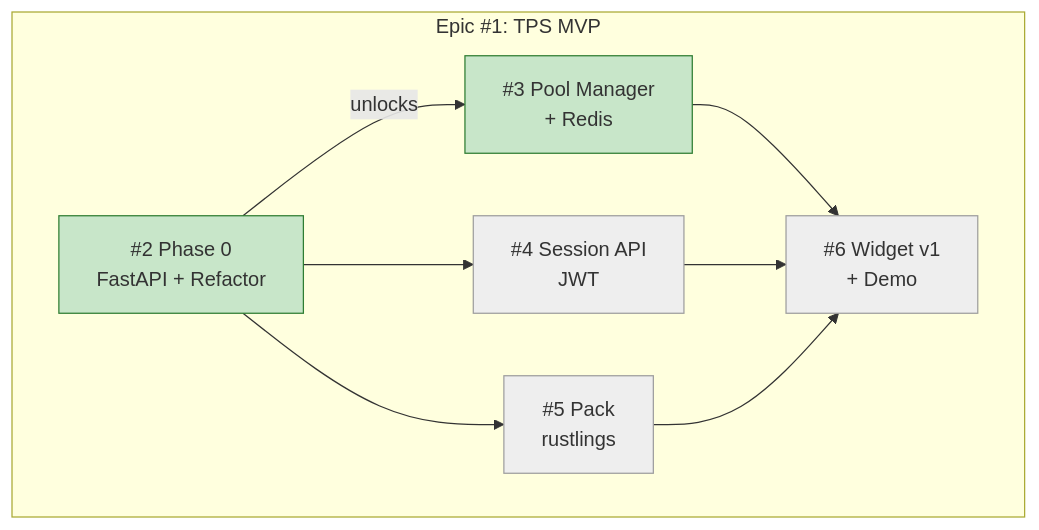
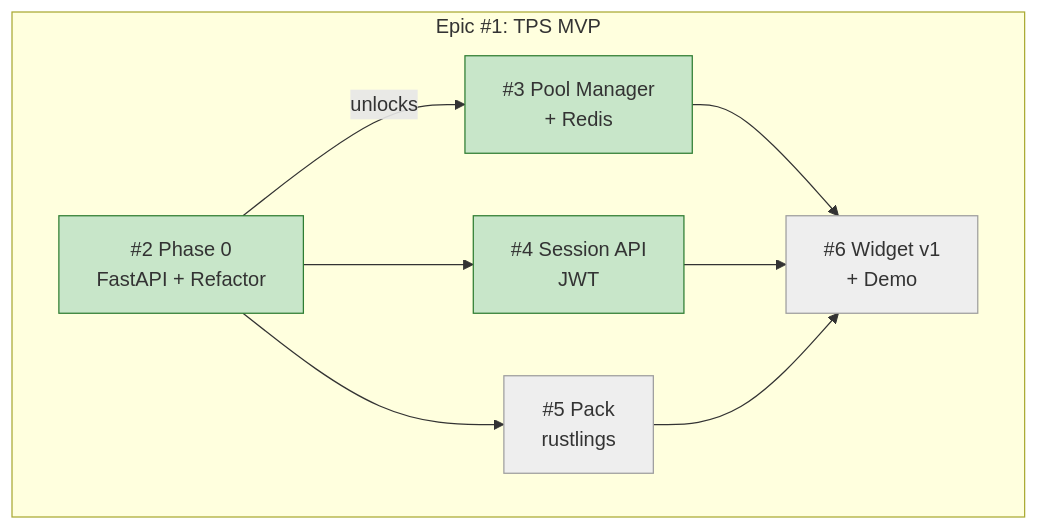
Before and after one commit to info-tech-io/web-terminal: the diagram in docs/proposals/epic-1-tps-mvp/progress.md, drawn with Mermaid. The commit also changed other lines of this file and 1 other file, not shown here.

````diff
--- a/docs/proposals/epic-1-tps-mvp/progress.md
+++ b/docs/proposals/epic-1-tps-mvp/progress.md
@@ -5,17 +5,17 @@
 ```mermaid
 graph TD
     subgraph "Epic #1: TPS MVP"
         A["#2 Phase 0\nFastAPI + Refactor"] -->|unlocks| B["#3 Pool Manager\n+ Redis"]
         A --> C["#4 Session API\nJWT"]
         A --> D["#5 Pack\nrustlings"]
         B --> E["#6 Widget v1\n+ Demo"]
         C --> E
         D --> E
     end
 
     style A fill:#c8e6c9,stroke:#2e7d32
     style B fill:#c8e6c9,stroke:#2e7d32
-    style C fill:#eeeeee,stroke:#9e9e9e
+    style C fill:#c8e6c9,stroke:#2e7d32
     style D fill:#eeeeee,stroke:#9e9e9e
     style E fill:#eeeeee,stroke:#9e9e9e
 ```
````
